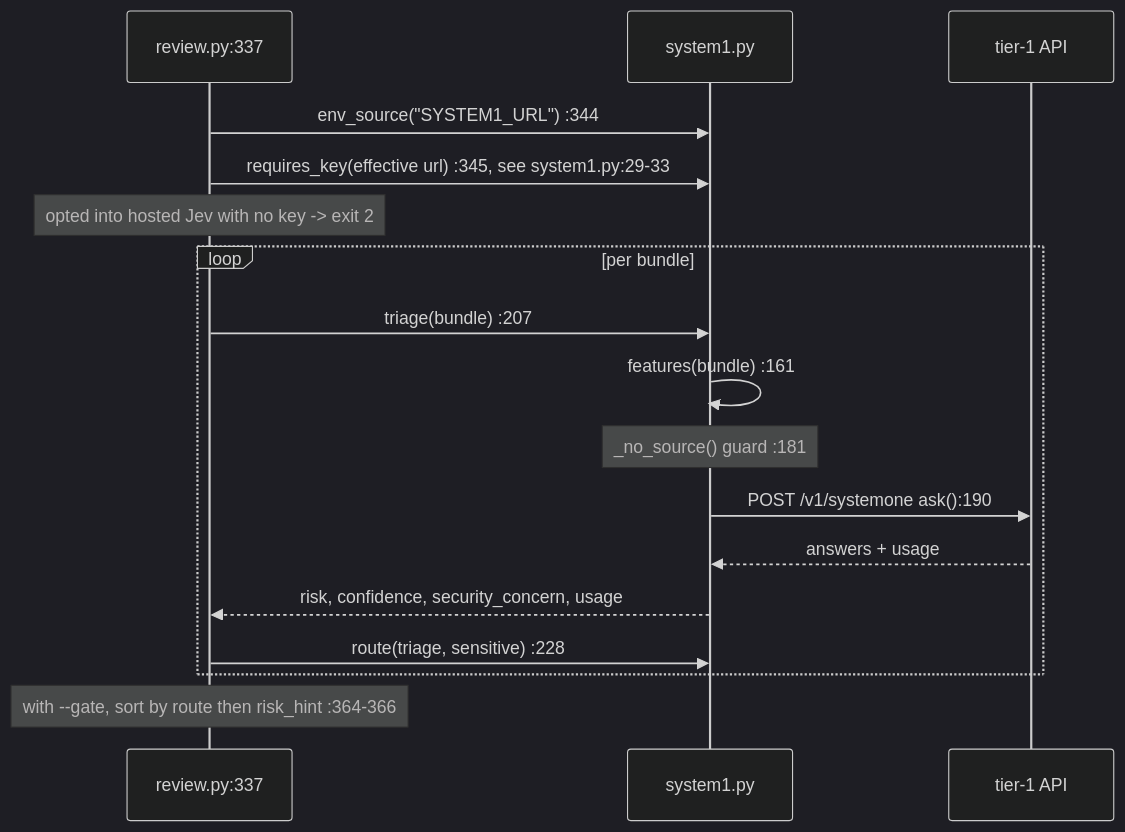
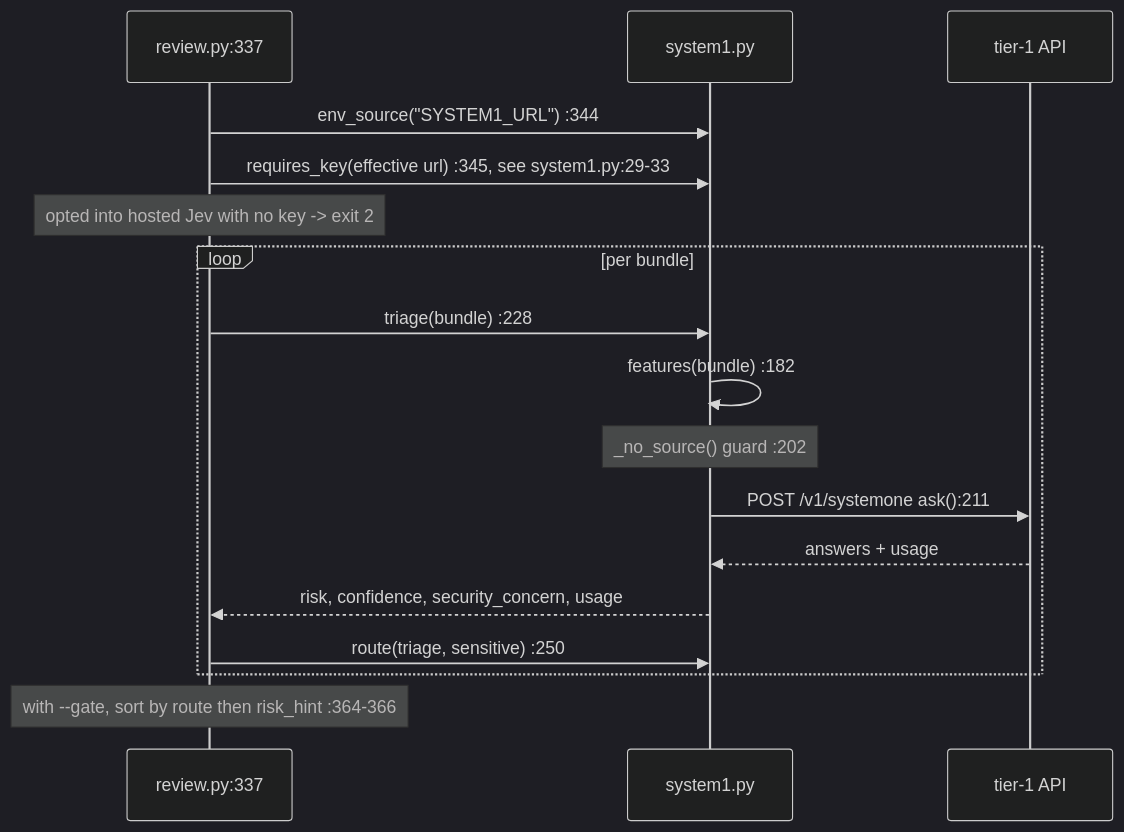
One commit to liem18112000/graph-code-review-agent changed the second of 4 diagrams in docs/call-flow.md. Above: the diagram before and after it, drawn with Mermaid (dark theme). The commit also changed other lines of this file and 13 other files, not shown here.

````diff
--- a/docs/call-flow.md
+++ b/docs/call-flow.md
@@ -190,20 +190,20 @@
 ```mermaid
 sequenceDiagram
     participant R as review.py:337
     participant S as system1.py
     participant J as tier-1 API
 
     R->>S: env_source("SYSTEM1_URL") :344
     R->>S: requires_key(effective url) :345, see system1.py:29-33
     Note over R: opted into hosted Jev with no key -> exit 2
     loop per bundle
-        R->>S: triage(bundle) :207
-        S->>S: features(bundle) :161
-        Note over S: _no_source() guard :181
-        S->>J: POST /v1/systemone  ask():190
+        R->>S: triage(bundle) :228
+        S->>S: features(bundle) :182
+        Note over S: _no_source() guard :202
+        S->>J: POST /v1/systemone  ask():211
         J-->>S: answers + usage
         S-->>R: risk, confidence, security_concern, usage
-        R->>S: route(triage, sensitive) :228
+        R->>S: route(triage, sensitive) :250
     end
     Note over R: with --gate, sort by route then risk_hint :364-366
 ```
````
